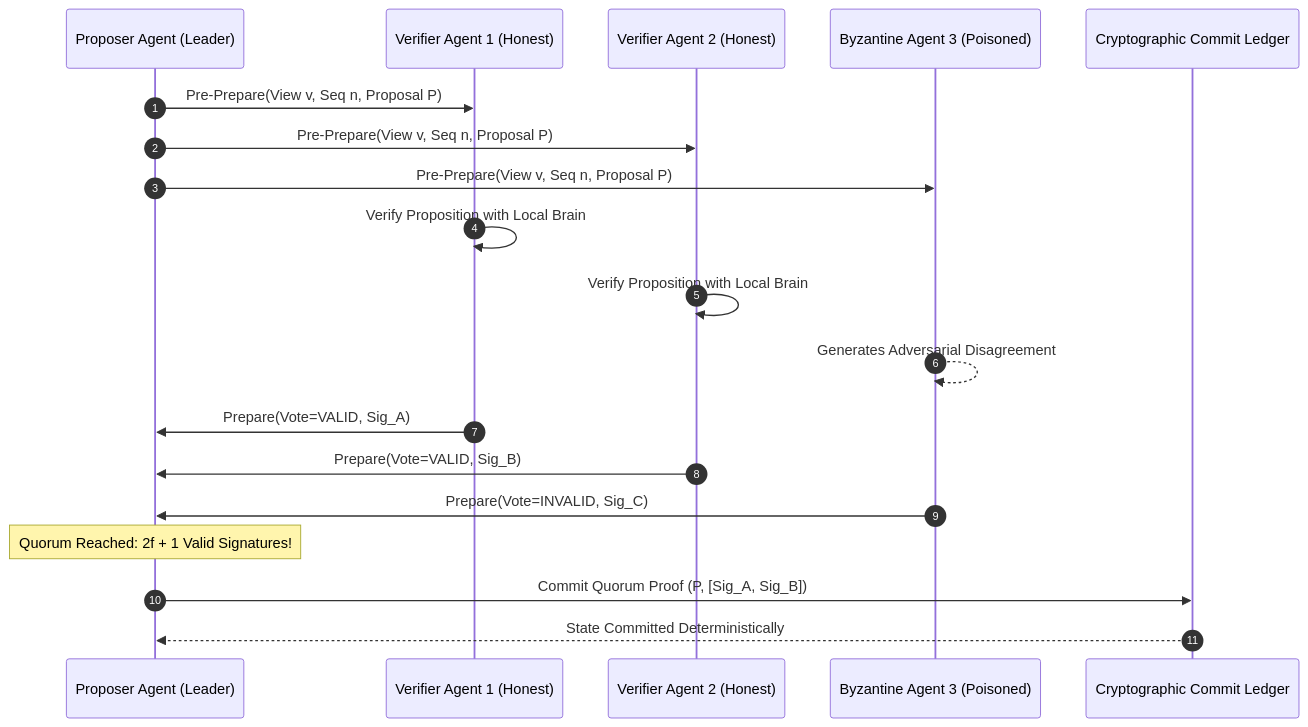
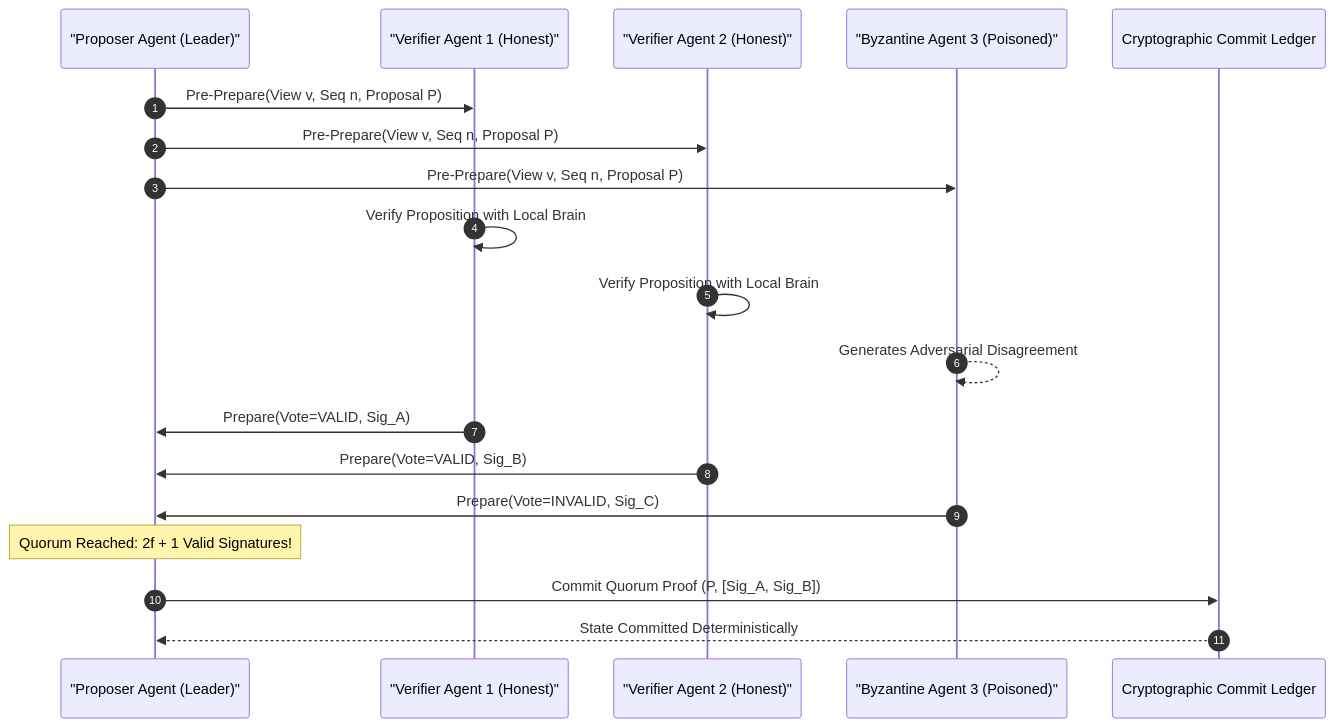
The diagram in case-studies/25-byzantine-fault-tolerant-consensus-swarms/README.md (prethiv/Agentic-AI-Case-studies), drawn with Mermaid before and after one commit. The commit also changed 12 other files, not shown here.

Commit message:
fix(mermaid): resolve syntax errors under Mermaid 11.17.2 and add diagram integrity unit tests

````diff
--- a/case-studies/25-byzantine-fault-tolerant-consensus-swarms/README.md
+++ b/case-studies/25-byzantine-fault-tolerant-consensus-swarms/README.md
@@ -49,25 +49,25 @@
 ```mermaid
 sequenceDiagram
     autonumber
-    participant Leader as Proposer Agent (Leader)
-    participant AgentA as Verifier Agent 1 (Honest)
-    participant AgentB as Verifier Agent 2 (Honest)
-    participant AgentC as Byzantine Agent 3 (Poisoned)
+    participant Leader as "Proposer Agent (Leader)"
+    participant AgentA as "Verifier Agent 1 (Honest)"
+    participant AgentB as "Verifier Agent 2 (Honest)"
+    participant AgentC as "Byzantine Agent 3 (Poisoned)"
     participant Ledger as Cryptographic Commit Ledger
 
     Leader->>AgentA: Pre-Prepare(View v, Seq n, Proposal P)
     Leader->>AgentB: Pre-Prepare(View v, Seq n, Proposal P)
     Leader->>AgentC: Pre-Prepare(View v, Seq n, Proposal P)
 
     AgentA->>AgentA: Verify Proposition with Local Brain
     AgentB->>AgentB: Verify Proposition with Local Brain
     AgentC-->>AgentC: Generates Adversarial Disagreement
 
     AgentA->>Leader: Prepare(Vote=VALID, Sig_A)
     AgentB->>Leader: Prepare(Vote=VALID, Sig_B)
     AgentC->>Leader: Prepare(Vote=INVALID, Sig_C)
 
     Note over Leader: Quorum Reached: 2f + 1 Valid Signatures!
     Leader->>Ledger: Commit Quorum Proof (P, [Sig_A, Sig_B])
     Ledger-->>Leader: State Committed Deterministically
 ```
````
